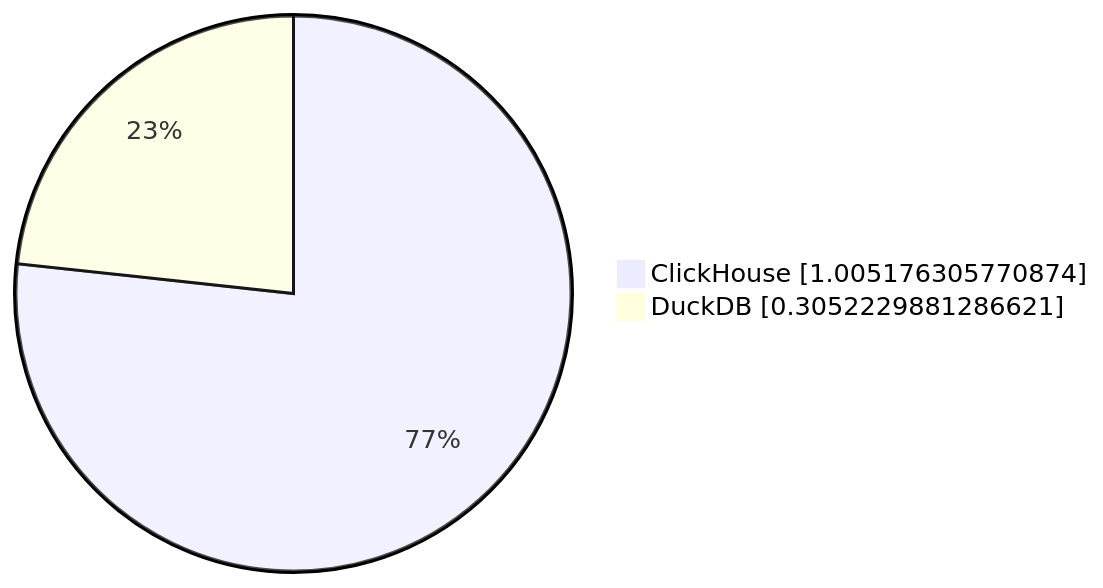
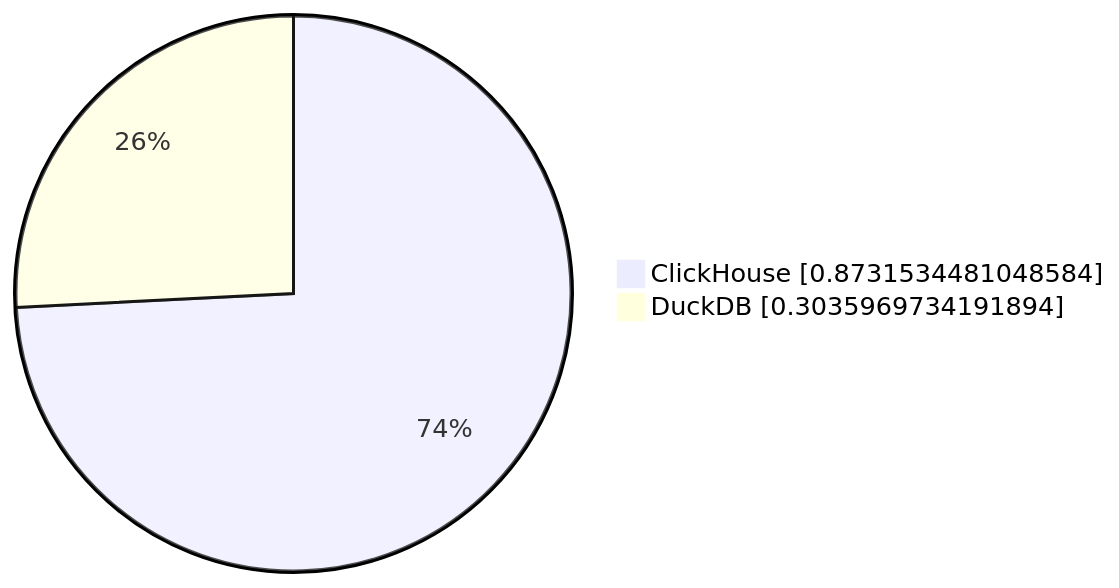
One commit to Altinity/clickhouse-regression changed the first of 10 diagrams in parquet/performance/results/ontime/23.11.1.2711-alpine/README.md. Above: the diagram before and after it, drawn with Mermaid. The commit also changed other lines of this file and 8 other files, not shown here.

````diff
--- a/parquet/performance/results/ontime/23.11.1.2711-alpine/README.md
+++ b/parquet/performance/results/ontime/23.11.1.2711-alpine/README.md
@@ -10,5 +10,5 @@
 ```mermaid
      pie showData
-         "ClickHouse" : 1.005176305770874
-         "DuckDB" : 0.3052229881286621
+         "ClickHouse" : 0.8731534481048584
+         "DuckDB" : 0.3035969734191894
 ```
````
